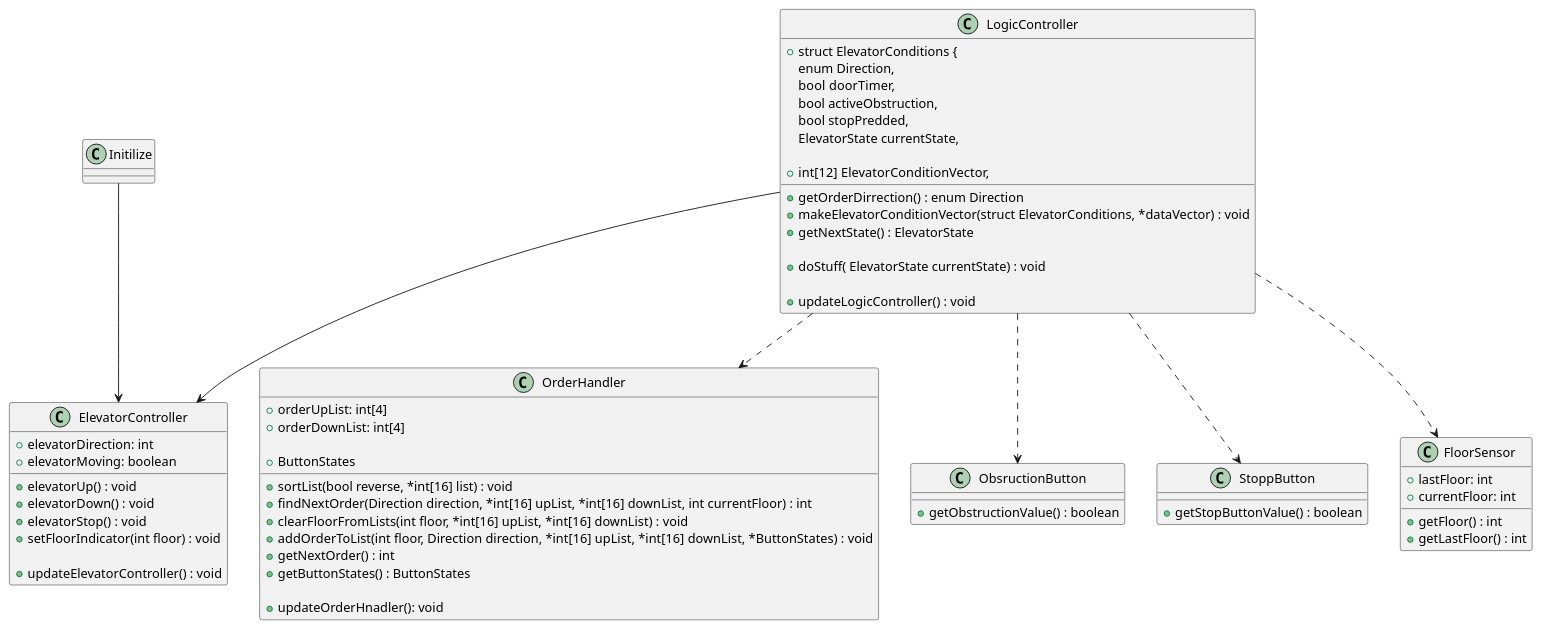
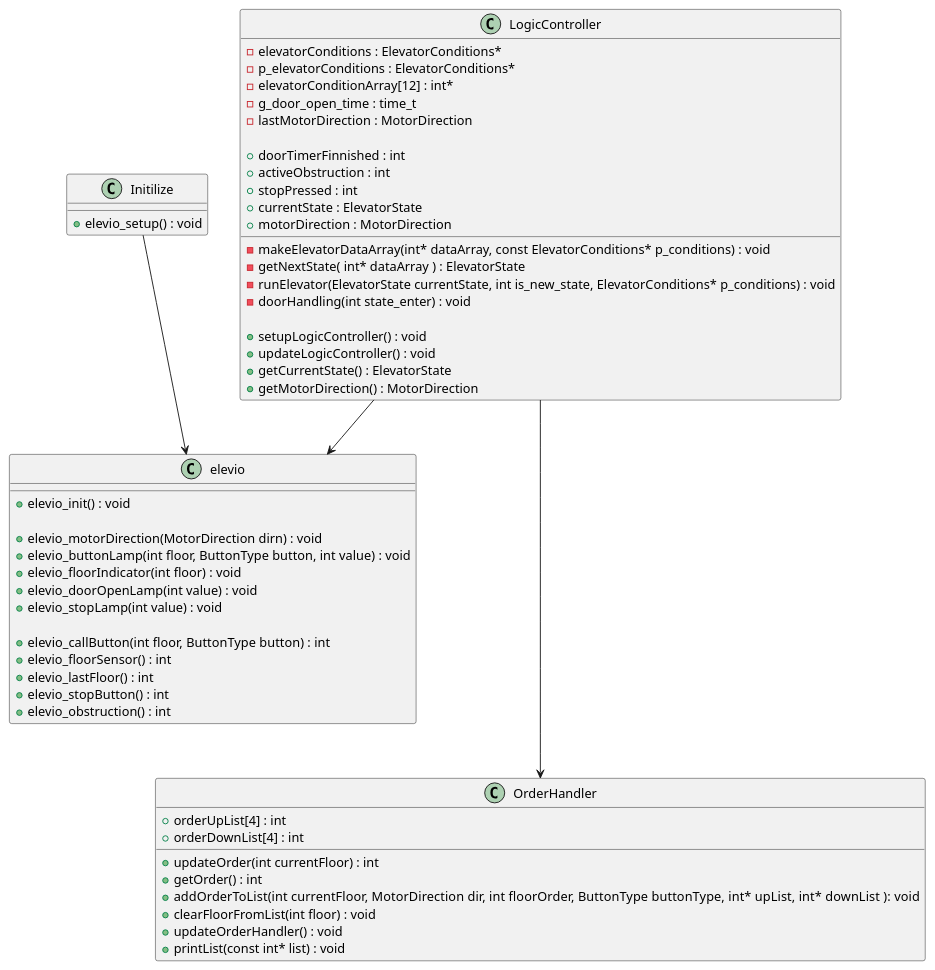
One commit to oskarNtnu/TTK4235_Heislabb changed the diagram in Forbredelser/UML/classDiagram.puml. Above: the diagram before and after it, drawn with PlantUML. The commit also changed 2 other files, not shown here.

Commit message:
uml diagram updadet

```diff
--- a/Forbredelser/UML/classDiagram.puml
+++ b/Forbredelser/UML/classDiagram.puml
@@ -1,85 +1,72 @@
 @startuml class diagram
 
-class Initilize
+class Initilize {
+    +elevio_setup() : void
+}
 
 
 ' Controlls the mechanical stuff, and the floor indicator
-class ElevatorController{
-    +elevatorDirection: int
-    +elevatorMoving: boolean
-    +elevatorUp() : void
-    +elevatorDown() : void
-    +elevatorStop() : void
-    +setFloorIndicator(int floor) : void
+class elevio {
+    +elevio_init() : void
 
-    +updateElevatorController() : void
+    +elevio_motorDirection(MotorDirection dirn) : void
+    +elevio_buttonLamp(int floor, ButtonType button, int value) : void
+    +elevio_floorIndicator(int floor) : void
+    +elevio_doorOpenLamp(int value) : void
+    +elevio_stopLamp(int value) : void
+
+    +elevio_callButton(int floor, ButtonType button) : int
+    +elevio_floorSensor() : int
+    +elevio_lastFloor() : int
+    +elevio_stopButton() : int
+    +elevio_obstruction() : int
 }
 
 class LogicController{
-    +struct ElevatorConditions {
-        enum Direction,
-        bool doorTimer,
-        bool activeObstruction,
-        bool stopPredded,
-        ElevatorState currentState,
-        
-    +int[12] ElevatorConditionVector,
-    +getOrderDirrection() : enum Direction
-    +makeElevatorConditionVector(struct ElevatorConditions, *dataVector) : void
-    +getNextState() : ElevatorState
+    -elevatorConditions : ElevatorConditions*
+    -p_elevatorConditions : ElevatorConditions*
+    -elevatorConditionArray[12] : int*
+    -g_door_open_time : time_t
+    -lastMotorDirection : MotorDirection
 
-    'Use the functions in ElevatorController to control the elevator, based on the current state and the derided next state
-    +doStuff( ElevatorState currentState) : void
+    +doorTimerFinnished : int
+    +activeObstruction : int
+    +stopPressed : int
+    +currentState : ElevatorState
+    +motorDirection : MotorDirection
 
+    -makeElevatorDataArray(int* dataArray, const ElevatorConditions* p_conditions) : void
+    -getNextState( int* dataArray ) : ElevatorState
+    -runElevator(ElevatorState currentState, int is_new_state, ElevatorConditions* p_conditions) : void
+    -doorHandling(int state_enter) : void
+
+    +setupLogicController() : void
     +updateLogicController() : void
-
+    +getCurrentState() : ElevatorState
+    +getMotorDirection() : MotorDirection
 }
 
 class OrderHandler{
-    +orderUpList: int[4]
-    +orderDownList: int[4]
-    +sortList(bool reverse, *int[16] list) : void
-    +findNextOrder(Direction direction, *int[16] upList, *int[16] downList, int currentFloor) : int
-    +clearFloorFromLists(int floor, *int[16] upList, *int[16] downList) : void
-    +addOrderToList(int floor, Direction direction, *int[16] upList, *int[16] downList, *ButtonStates) : void
-    +getNextOrder() : int
+    +orderUpList[4] : int
+    +orderDownList[4] : int
 
-    +ButtonStates
-    +getButtonStates() : ButtonStates
-    
-    +updateOrderHnadler(): void
+    +updateOrder(int currentFloor) : int
+    +getOrder() : int
+    +addOrderToList(int currentFloor, MotorDirection dir, int floorOrder, ButtonType buttonType,  int* upList, int* downList ): void
+    +clearFloorFromList(int floor) : void
+    +updateOrderHandler() : void
+    +printList(const int* list) : void
 }
 
-class ObsructionButton{
-    +getObstructionValue() : boolean
-}
+Initilize --> elevio
 
-class StoppButton{
-    +getStopButtonValue() : boolean
-}
+LogicController ---> OrderHandler
 
-class FloorSensor{
-    +lastFloor: int
-    +currentFloor: int
-    ' returns -1 if the elevator is between floors
-    +getFloor() : int
-    +getLastFloor() : int
-}
-
-Initilize --> ElevatorController
-
-LogicController ..> ObsructionButton
-
-LogicController ..> OrderHandler
-
-LogicController ..> StoppButton
-LogicController ..> FloorSensor
-
-LogicController --> ElevatorController
+LogicController --> elevio
 
 
 
 
 
 
 @enduml
```
